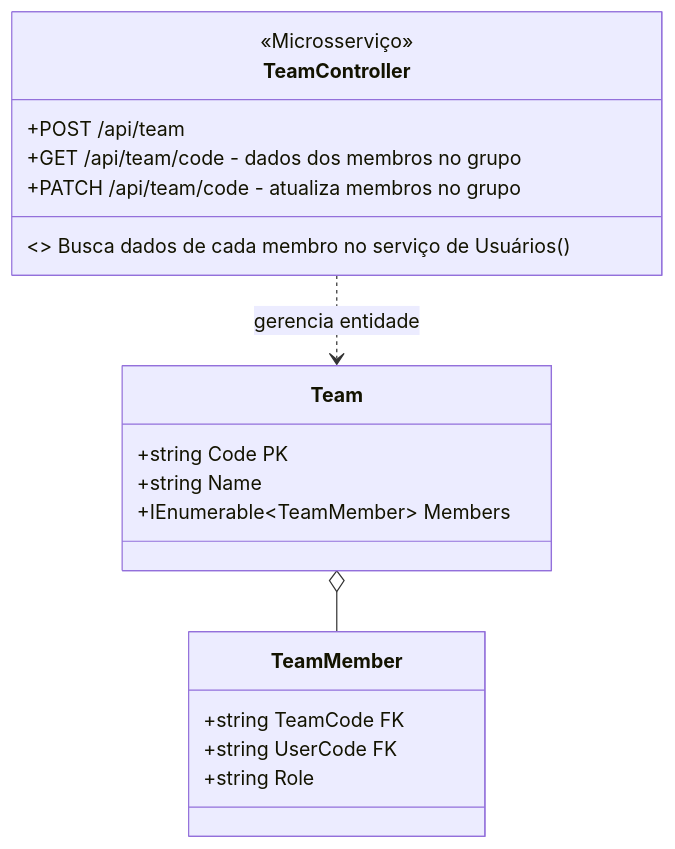
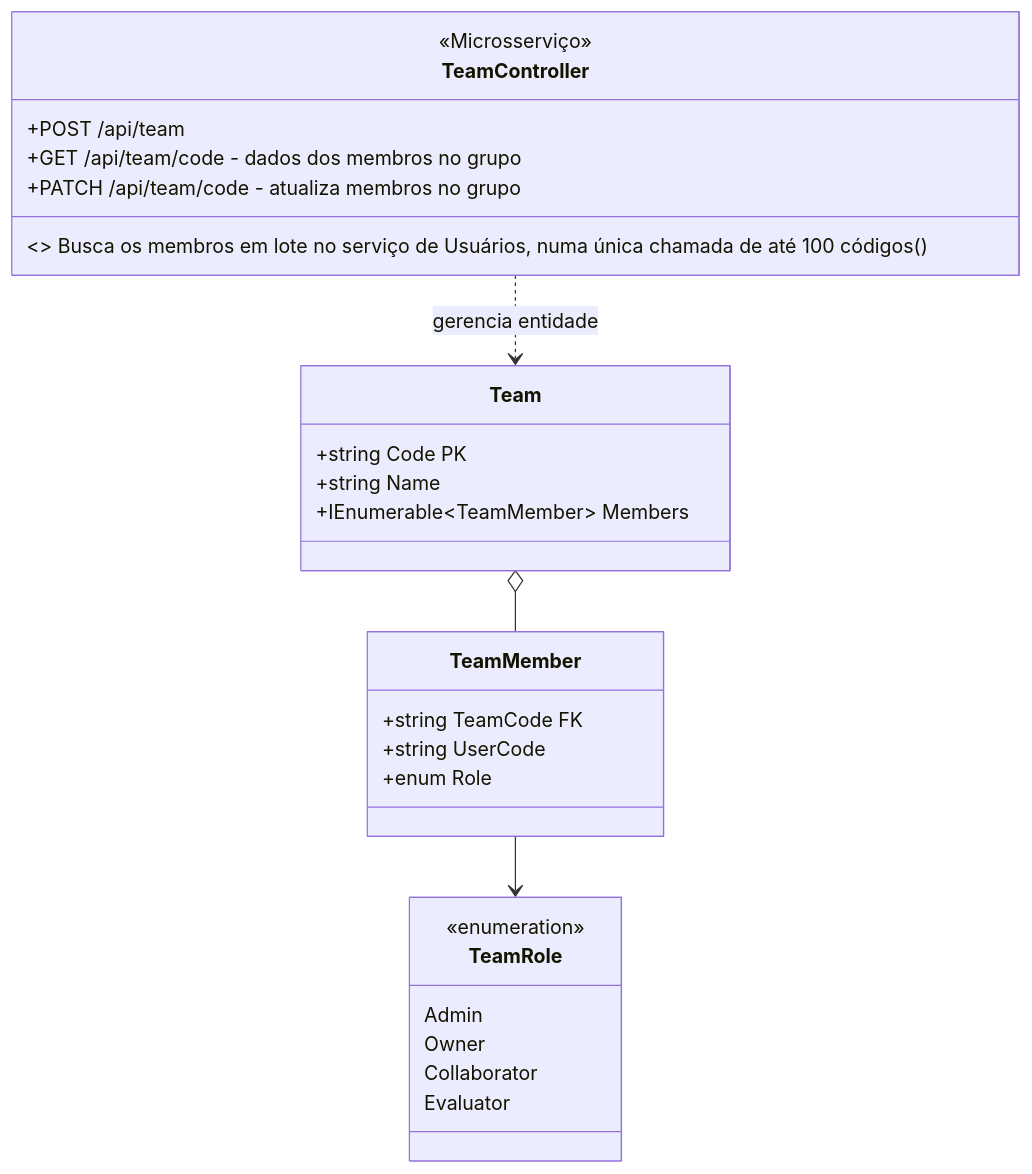
The third of 8 diagrams in README.md (thales-vaz-sousa/Branchstorm), drawn with Mermaid before and after one commit. The commit also changed other lines of this file and 27 other files, not shown here.

````diff
--- a/README.md
+++ b/README.md
@@ -112,26 +113,34 @@
 ```mermaid
 classDiagram
     class TeamController {
         <<Microsserviço>>
         +POST /api/team
         +GET /api/team/code - dados dos membros no grupo
         +PATCH /api/team/code - atualiza membros no grupo
-
-        <> Busca dados de cada membro no serviço de Usuários ()
+        <<Integração>> Busca os membros em lote no serviço de Usuários, numa única chamada de até 100 códigos ()
     }
 
     class Team {
         +string Code PK
         +string Name
         +IEnumerable~TeamMember~ Members
     }
 
     class TeamMember {
         +string TeamCode FK
-        +string UserCode FK
-        +string Role
+        +string UserCode
+        +enum Role
+    }
+
+    class TeamRole {
+        <<enumeration>>
+        Admin
+        Owner
+        Collaborator
+        Evaluator
     }
 
     TeamController ..> Team : gerencia entidade
-    Team o-- TeamMember : 
+    Team o-- TeamMember
+    TeamMember --> TeamRole
 ```
````
